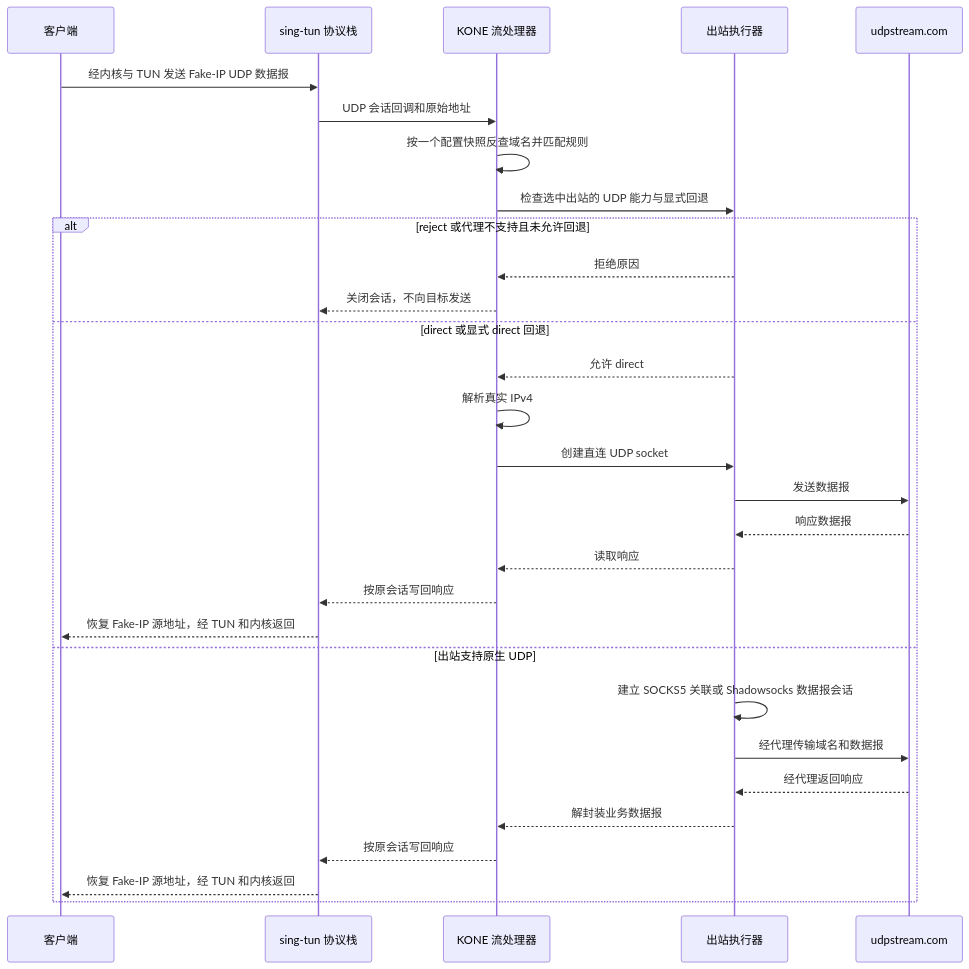
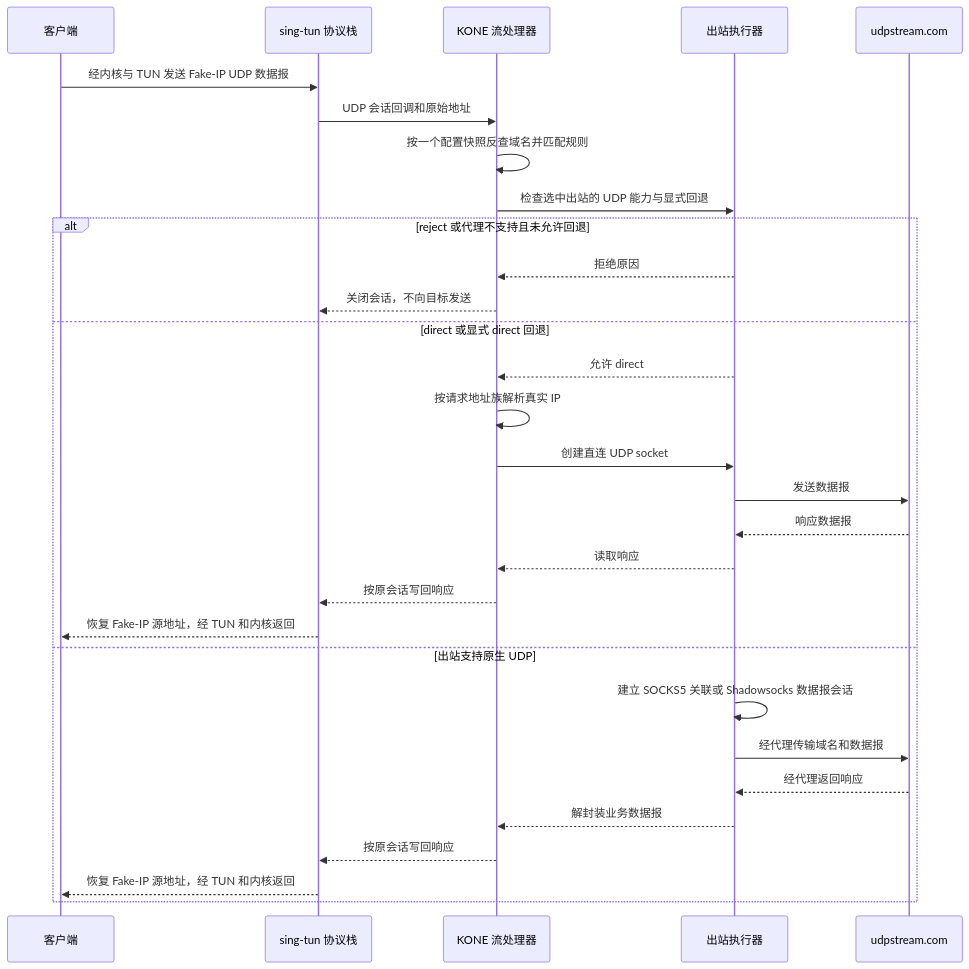
Before and after one commit to xjdrew/kone: the third of 3 diagrams in docs/architecture.md, drawn with Mermaid. The commit also changed other lines of this file and 12 other files, not shown here.

````diff
--- a/docs/architecture.md
+++ b/docs/architecture.md
@@ -125,32 +125,32 @@
 ```mermaid
 sequenceDiagram
     participant C as 客户端
     participant S as sing-tun 协议栈
     participant F as KONE 流处理器
     participant O as 出站执行器
     participant R as udpstream.com
     C->>S: 经内核与 TUN 发送 Fake-IP UDP 数据报
     S->>F: UDP 会话回调和原始地址
     F->>F: 按一个配置快照反查域名并匹配规则
     F->>O: 检查选中出站的 UDP 能力与显式回退
     alt reject 或代理不支持且未允许回退
         O-->>F: 拒绝原因
         F-->>S: 关闭会话，不向目标发送
     else direct 或显式 direct 回退
         O-->>F: 允许 direct
-        F->>F: 解析真实 IPv4
+        F->>F: 按请求地址族解析真实 IP
         F->>O: 创建直连 UDP socket
         O->>R: 发送数据报
         R-->>O: 响应数据报
         O-->>F: 读取响应
         F-->>S: 按原会话写回响应
         S-->>C: 恢复 Fake-IP 源地址，经 TUN 和内核返回
     else 出站支持原生 UDP
         O->>O: 建立 SOCKS5 关联或 Shadowsocks 数据报会话
         O->>R: 经代理传输域名和数据报
         R-->>O: 经代理返回响应
         O-->>F: 解封装业务数据报
         F-->>S: 按原会话写回响应
         S-->>C: 恢复 Fake-IP 源地址，经 TUN 和内核返回
     end
 ```
````
